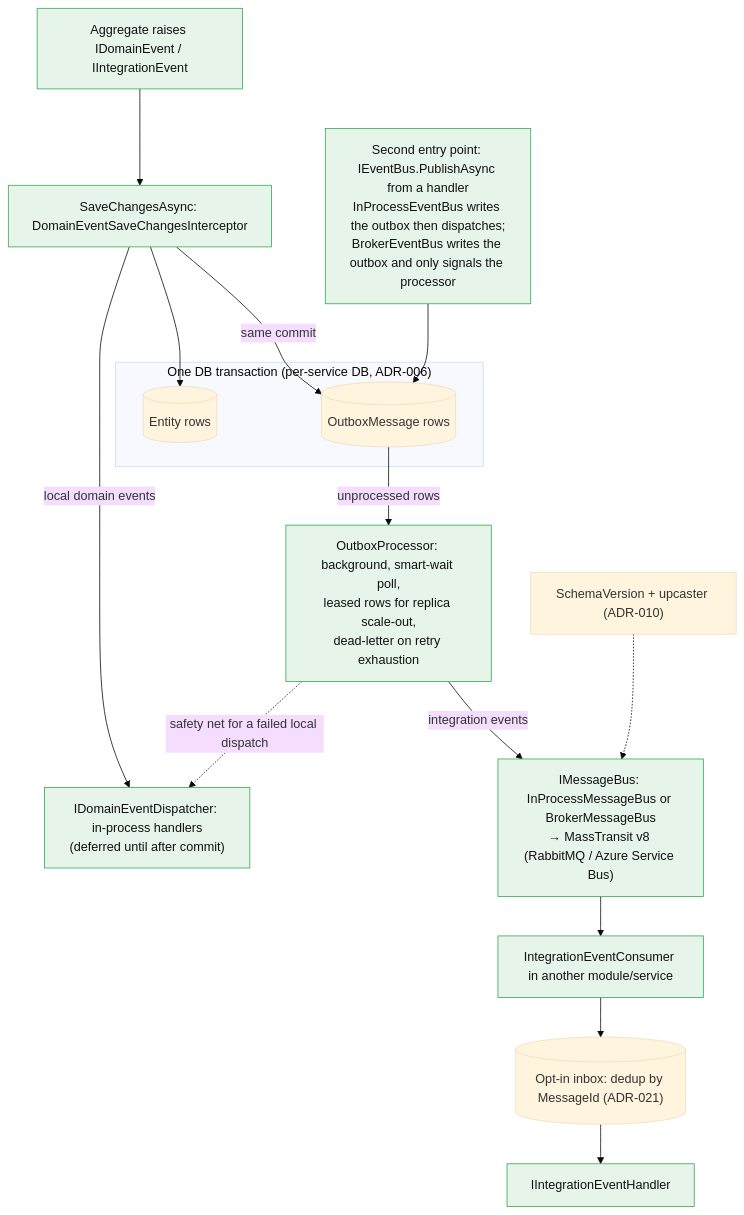
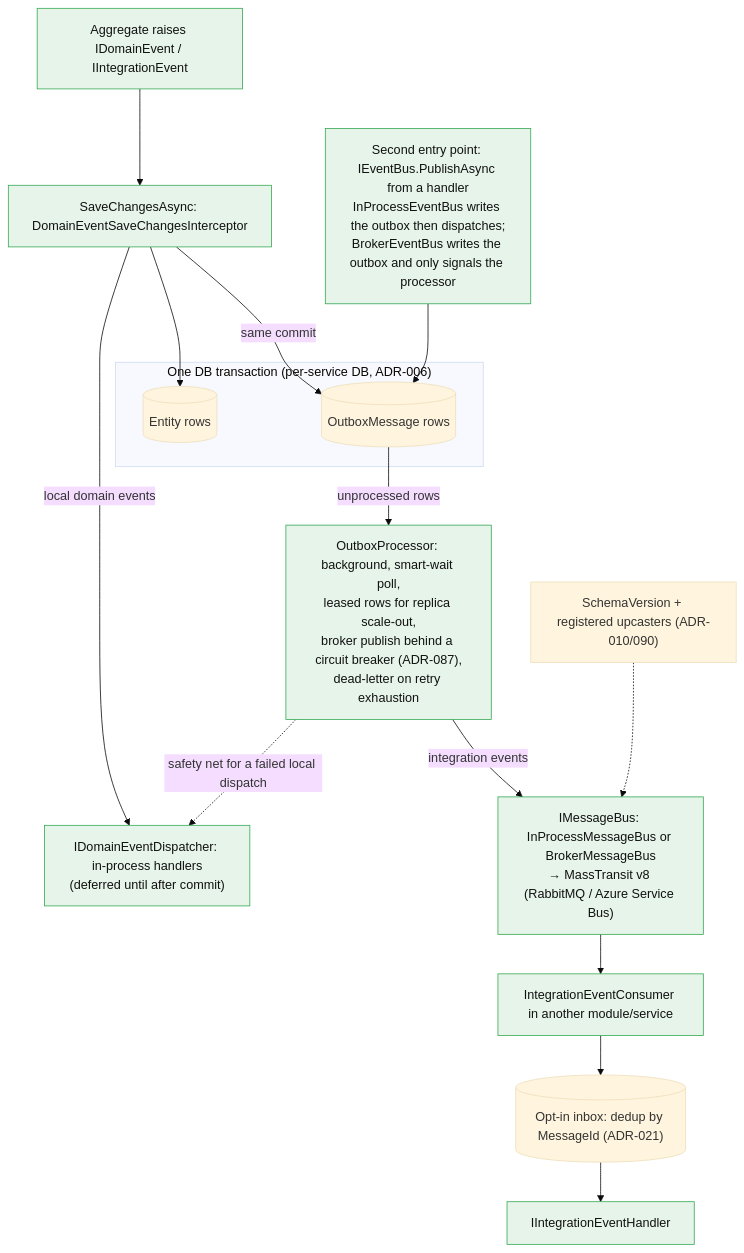
Before and after one commit to ivanball/ivanball.github.io: the sixth of 15 diagrams in docs-src/onboarding/CONCEPT-MAPS.md, drawn with Mermaid (base theme). The commit also changed other lines of this file and 3 other files, not shown here.

````diff
--- a/docs-src/onboarding/CONCEPT-MAPS.md
+++ b/docs-src/onboarding/CONCEPT-MAPS.md
@@ -336,30 +342,30 @@
 ```mermaid
 flowchart TD
     AGG["Aggregate raises IDomainEvent / IIntegrationEvent"]
     SAVE["SaveChangesAsync: DomainEventSaveChangesInterceptor"]
     EBUS["Second entry point: IEventBus.PublishAsync from a handler<br/>InProcessEventBus writes the outbox then dispatches;<br/>BrokerEventBus writes the outbox and only signals the processor"]
     subgraph TXN["One DB transaction (per-service DB, ADR-006)"]
         ENTITY[("Entity rows")]
         OBX[("OutboxMessage rows")]
     end
     DISP["IDomainEventDispatcher: in-process handlers<br/>(deferred until after commit)"]
-    PROC["OutboxProcessor: background, smart-wait poll,<br/>leased rows for replica scale-out,<br/>dead-letter on retry exhaustion"]
+    PROC["OutboxProcessor: background, smart-wait poll,<br/>leased rows for replica scale-out,<br/>broker publish behind a circuit breaker (ADR-087),<br/>dead-letter on retry exhaustion"]
     BUS["IMessageBus: InProcessMessageBus or BrokerMessageBus<br/>→ MassTransit v8 (RabbitMQ / Azure Service Bus)"]
     CONSUMER["IntegrationEventConsumer in another module/service"]
     INBOX[("Opt-in inbox: dedup by MessageId (ADR-021)")]
     HANDLER["IIntegrationEventHandler"]
 
     AGG --> SAVE
     SAVE --> ENTITY
     SAVE -->|"same commit"| OBX
     SAVE -->|"local domain events"| DISP
     EBUS --> OBX
     OBX -->|"unprocessed rows"| PROC
     PROC -->|"integration events"| BUS
     PROC -.->|"safety net for a failed local dispatch"| DISP
     BUS --> CONSUMER --> INBOX --> HANDLER
-    SCHEMA["SchemaVersion + upcaster (ADR-010)"] -.-> BUS
+    SCHEMA["SchemaVersion + registered upcasters (ADR-010/090)"] -.-> BUS
 
     classDef evt fill:#e6f4ea,stroke:#34a853,color:#111
     class AGG,SAVE,EBUS,PROC,DISP,BUS,CONSUMER,HANDLER evt
 ```
````
